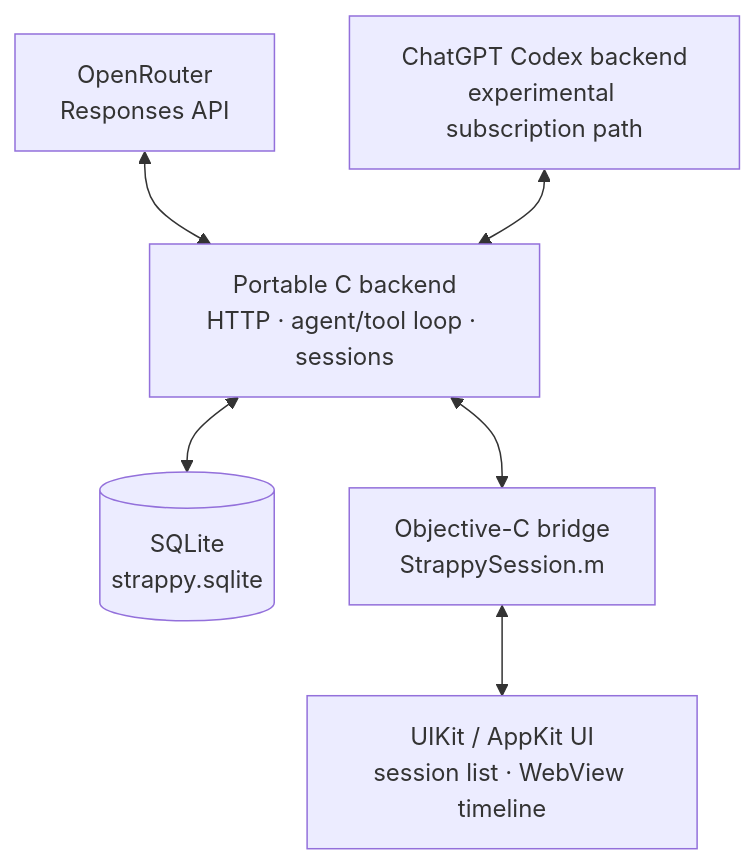
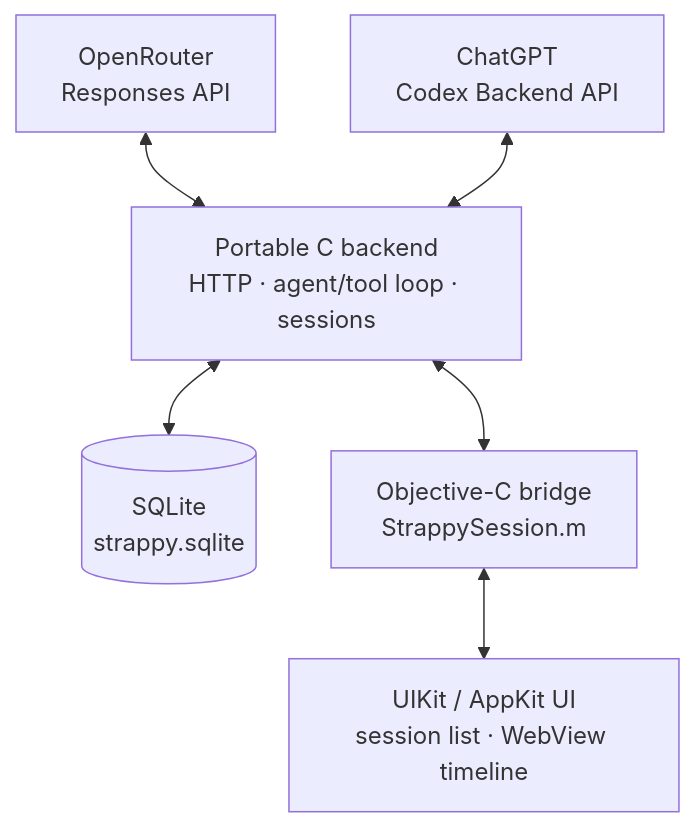
One commit to jeffreybergier/Strappy-Cocoa changed the diagram in README.md. Above: the diagram before and after it, drawn with Mermaid. The commit also changed other lines of this file, not shown here.

````diff
--- a/README.md
+++ b/README.md
@@ -88,8 +88,8 @@
 ```mermaid
 flowchart TB
     OpenRouter["OpenRouter<br/>Responses API"] <--> Core["Portable C backend<br/>HTTP · agent/tool loop · sessions"]
-    ChatGPT["ChatGPT Codex backend<br/>experimental subscription path"] <--> Core
+    ChatGPT["ChatGPT<br/>Codex Backend API"] <--> Core
     Core <--> DB[("SQLite<br/>strappy.sqlite")]
     Core <--> Bridge["Objective-C bridge<br/>StrappySession.m"]
     Bridge <--> UI["UIKit / AppKit UI<br/>session list · WebView timeline"]
 ```
````
